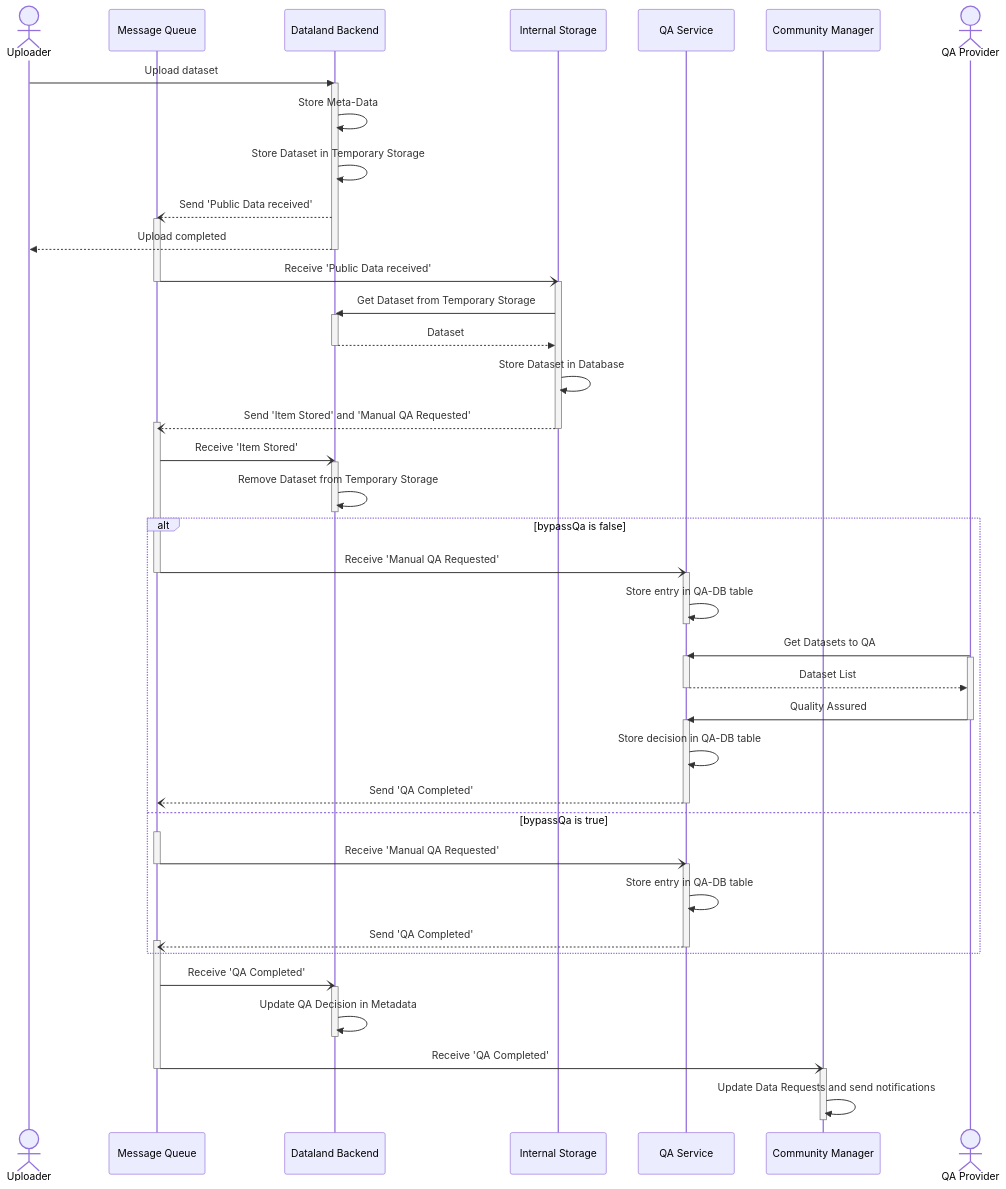
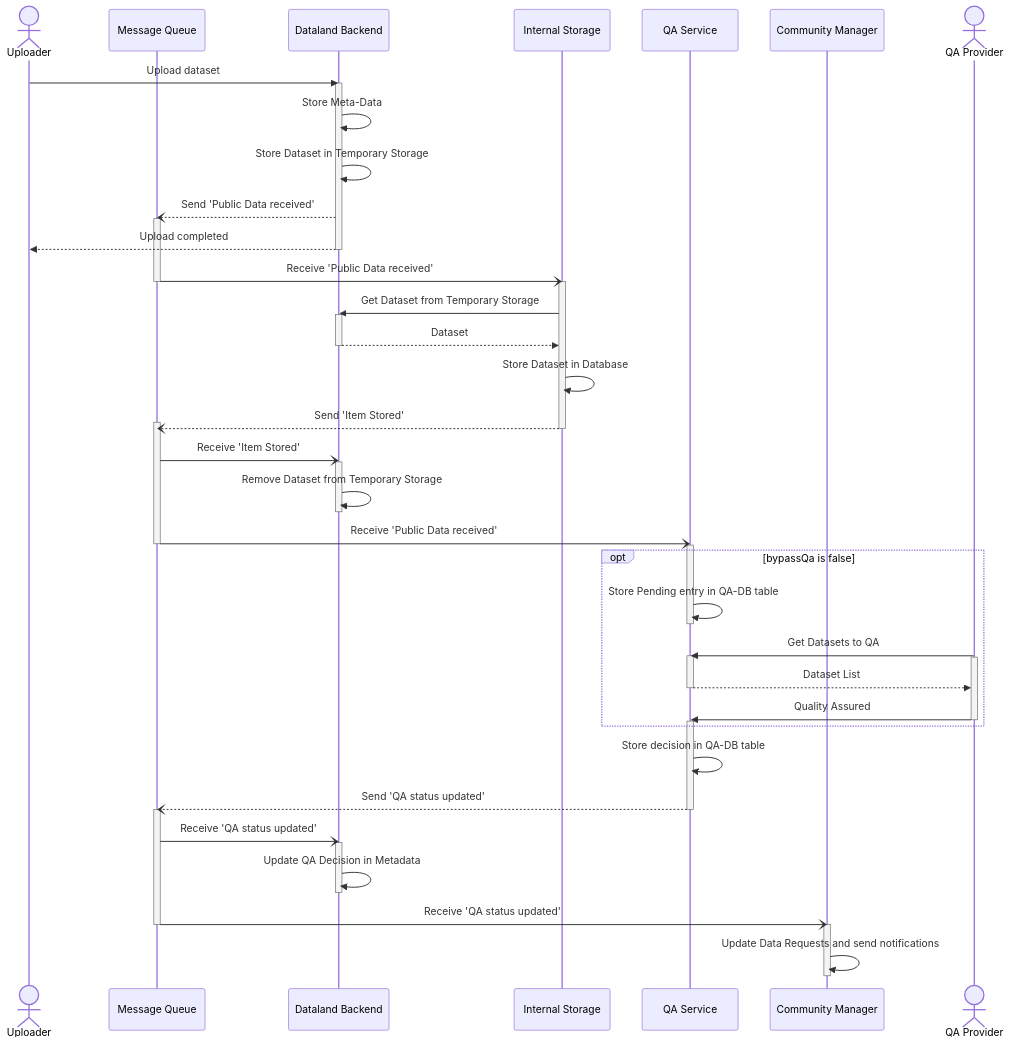
The diagram in documentation/processes/data_upload_and_qa_process.md (d-fine/Dataland), drawn with Mermaid before and after one commit. The commit also changed 85 other files, not shown here.

````diff
--- a/documentation/processes/data_upload_and_qa_process.md
+++ b/documentation/processes/data_upload_and_qa_process.md
@@ -11,75 +11,68 @@
 ```mermaid
 sequenceDiagram
     actor Uploader
     participant mq as Message Queue
     participant backend as Dataland Backend
     participant storage as Internal Storage
     participant qaService as QA Service
     participant community as Community Manager
     actor qaler as QA Provider
     Uploader ->> backend: Upload dataset
     activate backend
     backend ->> backend: Store Meta-Data
     backend ->> backend: Store Dataset in Temporary Storage
     backend --) mq: Send 'Public Data received'
     activate mq
     backend -->> Uploader: Upload completed
     deactivate backend
     mq -) storage: Receive 'Public Data received'
     deactivate mq
     activate storage
     storage ->> backend: Get Dataset from Temporary Storage
     activate backend
     backend -->> storage: Dataset
     deactivate backend
     storage ->> storage: Store Dataset in Database
-    storage --) mq: Send 'Item Stored' and 'Manual QA Requested'
+    storage --) mq: Send 'Item Stored'
     activate mq
     deactivate storage
 
     mq -) backend: Receive 'Item Stored'
     activate backend
     backend ->> backend: Remove Dataset from Temporary Storage
     deactivate backend
-    alt bypassQa is false
-        mq -) qaService: Receive 'Manual QA Requested'
-        deactivate mq
-        activate qaService
-        qaService ->> qaService: Store entry in QA-DB table
+    mq -) qaService: Receive 'Public Data received'
+    deactivate mq
+    activate qaService
+   
+    opt bypassQa is false
+        qaService ->> qaService: Store Pending entry in QA-DB table
         deactivate qaService
 
         qaler ->> qaService: Get Datasets to QA
         activate qaService
         activate qaler
         qaService -->> qaler: Dataset List
         deactivate qaService
         qaler ->> qaService: Quality Assured
         deactivate qaler
         activate qaService
-        qaService ->> qaService: Store decision in QA-DB table
+    end
+    
+    qaService ->> qaService: Store decision in QA-DB table
 
-        qaService --) mq: Send 'QA Completed'
-        deactivate qaService
+    qaService --) mq: Send 'QA status updated'
+    deactivate qaService
 
-    else bypassQa is true
-        activate mq
-        mq -) qaService: Receive 'Manual QA Requested'
-        deactivate mq
-        activate qaService
-        qaService ->> qaService: Store entry in QA-DB table
-        qaService --) mq: Send 'QA Completed'
-        activate mq
-        deactivate qaService
-    end
-
-    mq -) backend: Receive 'QA Completed'
+    activate mq
+    mq -) backend: Receive 'QA status updated'
     activate backend
     backend ->> backend: Update QA Decision in Metadata
     deactivate backend
 
-    mq -) community: Receive 'QA Completed'
+    mq -) community: Receive 'QA status updated'
     deactivate mq
     activate community
     community ->> community: Update Data Requests and send notifications
     deactivate community
 ```
````
